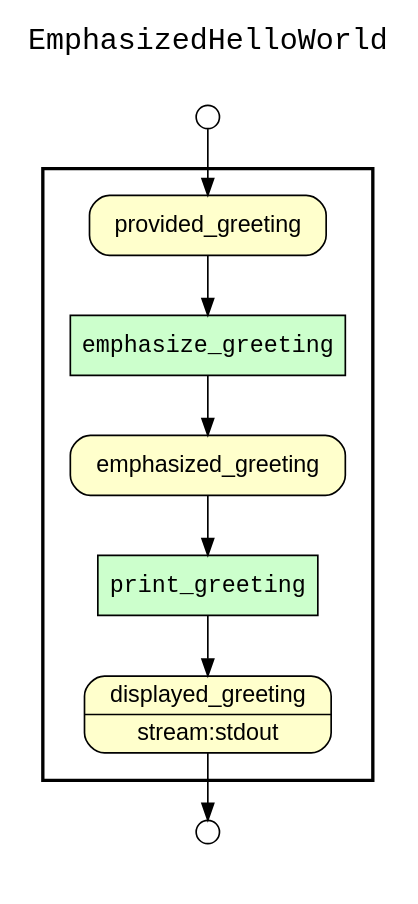
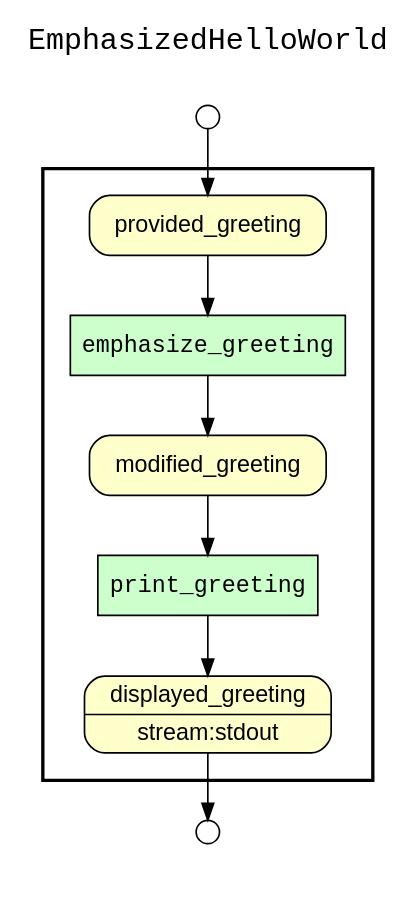
The diagram in examples/03_emphasized_hello_world/workflow_graph.gv (yesworkflow-org/yw-noworkflow), drawn with Graphviz before and after one commit. The commit also changed 4 other files, not shown here.

```diff
--- a/examples/03_emphasized_hello_world/workflow_graph.gv
+++ b/examples/03_emphasized_hello_world/workflow_graph.gv
@@ -1,32 +1,32 @@
 digraph Workflow {
 rankdir=TB
 fontname=Courier; fontsize=18; labelloc=t
 label=EmphasizedHelloWorld
 subgraph cluster_workflow_box_outer { label=""; color=black; penwidth=2
 subgraph cluster_workflow_box_inner { label=""; color=white
 node[shape=box style=filled fillcolor="#CCFFCC" peripheries=1 fontname=Courier]
 emphasize_greeting
 print_greeting
 node[shape=box style="rounded,filled" fillcolor="#FFFFCC" peripheries=1 fontname=Helvetica]
 displayed_greeting [shape=record rankdir=LR label="{<f0> displayed_greeting |<f1> stream\:stdout}"];
 provided_greeting
-emphasized_greeting
+modified_greeting
 node[shape=box style="rounded,filled" fillcolor="#FCFCFC" peripheries=1 fontname=Helvetica]
-emphasize_greeting -> emphasized_greeting
+emphasize_greeting -> modified_greeting
 provided_greeting -> emphasize_greeting
 print_greeting -> displayed_greeting
-emphasized_greeting -> print_greeting
+modified_greeting -> print_greeting
 }}
 subgraph cluster_input_ports_group_outer { label=""; color=white
 subgraph cluster_input_ports_group_inner { label=""; color=white
 node[shape=circle style="rounded,filled" fillcolor="#FFFFFF" peripheries=1 fontname=Helvetica width=0.2]
 provided_greeting_input_port [label=""]
 }}
 subgraph cluster_output_ports_group_outer { label=""; color=white
 subgraph cluster_output_ports_group_inner { label=""; color=white
 node[shape=circle style="rounded,filled" fillcolor="#FFFFFF" peripheries=1 fontname=Helvetica width=0.2]
 displayed_greeting_output_port [label=""]
 }}
 provided_greeting_input_port -> provided_greeting
 displayed_greeting -> displayed_greeting_output_port
 }
```
